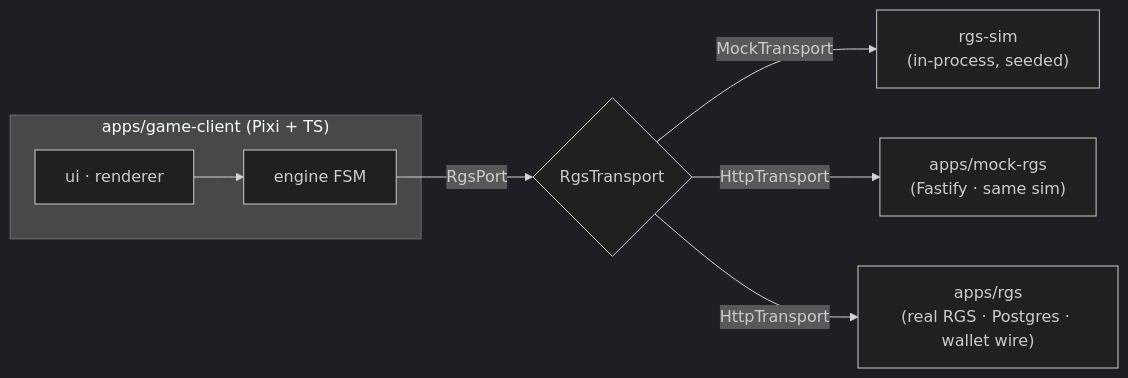
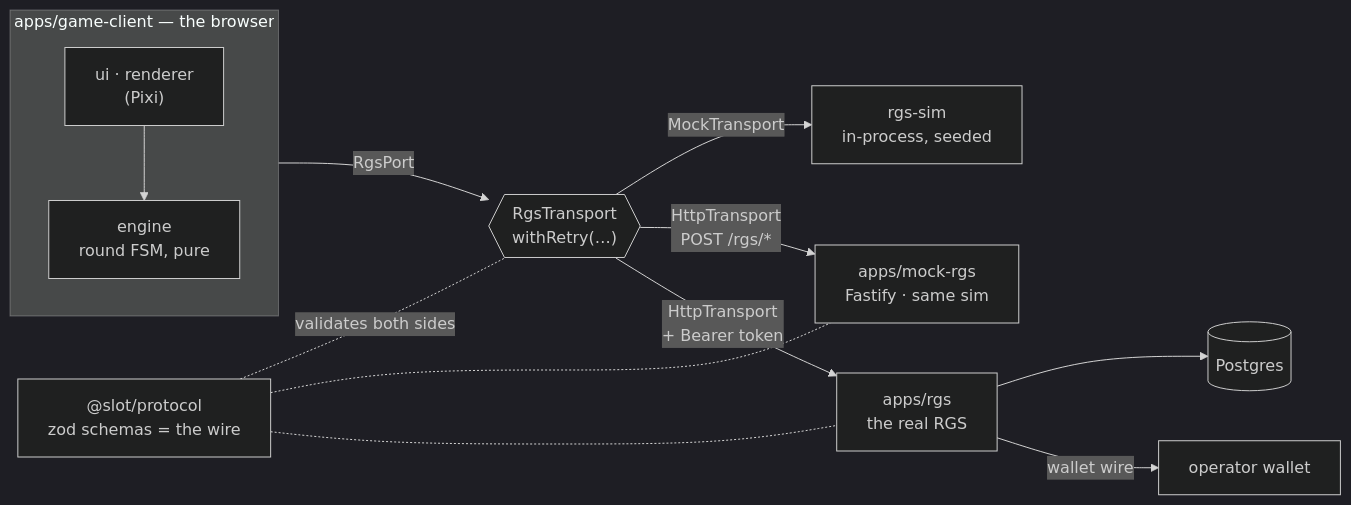
One commit to KuliyevMerdan/slots changed the first of 4 diagrams in README.md. Above: the diagram before and after it, drawn with Mermaid (dark theme). The commit also changed other lines of this file, not shown here.

````diff
--- a/README.md
+++ b/README.md
@@ -29,10 +126,16 @@
 ```mermaid
 flowchart LR
-    subgraph client["apps/game-client (Pixi + TS)"]
-        UI[ui · renderer] --> ENG[engine FSM]
+    subgraph client["apps/game-client — the browser"]
+        direction TB
+        UI["ui · renderer<br/>(Pixi)"] --> ENG["engine<br/>round FSM, pure"]
     end
-    ENG -->|RgsPort| T{RgsTransport}
-    T -->|MockTransport| SIM["rgs-sim\n(in-process, seeded)"]
-    T -->|HttpTransport| MOCK["apps/mock-rgs\n(Fastify · same sim)"]
-    T -->|HttpTransport| RGS["apps/rgs\n(real RGS · Postgres · wallet wire)"]
+    ENG -->|"RgsPort"| T{{"RgsTransport<br/>withRetry(…)"}}
+    T -->|MockTransport| SIM["rgs-sim<br/>in-process, seeded"]
+    T -->|"HttpTransport<br/>POST /rgs/*"| MOCK["apps/mock-rgs<br/>Fastify · same sim"]
+    T -->|"HttpTransport<br/>+ Bearer token"| RGS["apps/rgs<br/>the real RGS"]
+    RGS --> PG[("Postgres")]
+    RGS -->|wallet wire| W["operator wallet"]
+    PROTO["@slot/protocol<br/>zod schemas = the wire"] -. "validates both sides" .- T
+    PROTO -.- MOCK
+    PROTO -.- RGS
 ```
````
